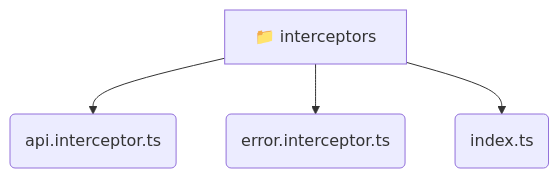
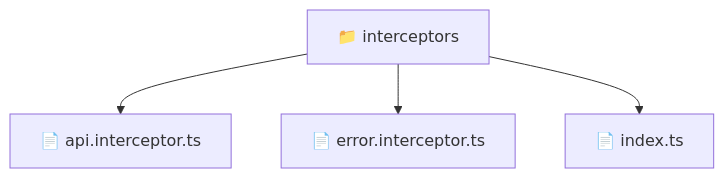
The diagram in frontend/src/core/interceptors/README.md (beginwebdev2002/fullstack-mavluda), drawn with Mermaid before and after one commit. The commit also changed other lines of this file and 163 other files, not shown here.

````diff
--- a/frontend/src/core/interceptors/README.md
+++ b/frontend/src/core/interceptors/README.md
@@ -9,7 +9,7 @@
 ```mermaid
 graph TD
-  interceptors[📁 interceptors]
-  interceptors --> interceptors_api_interceptor_ts(api.interceptor.ts)
-  interceptors --> interceptors_error_interceptor_ts(error.interceptor.ts)
-  interceptors --> interceptors_index_ts(index.ts)
+  Root["📁 interceptors"]
+  Root --> apiinterceptorts["📄 api.interceptor.ts"]
+  Root --> errorinterceptorts["📄 error.interceptor.ts"]
+  Root --> indexts["📄 index.ts"]
 ```
````
